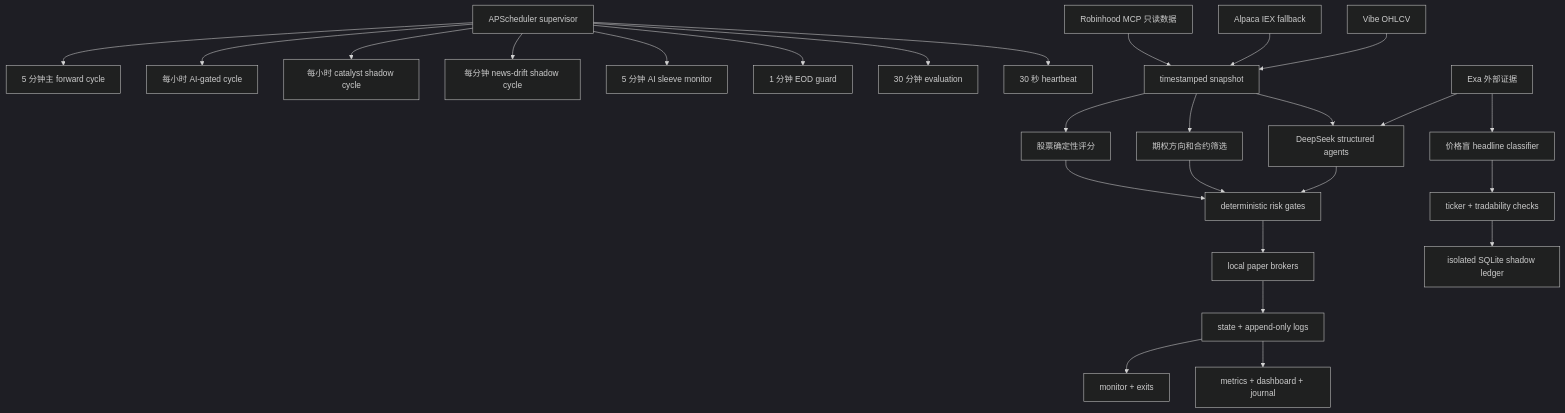
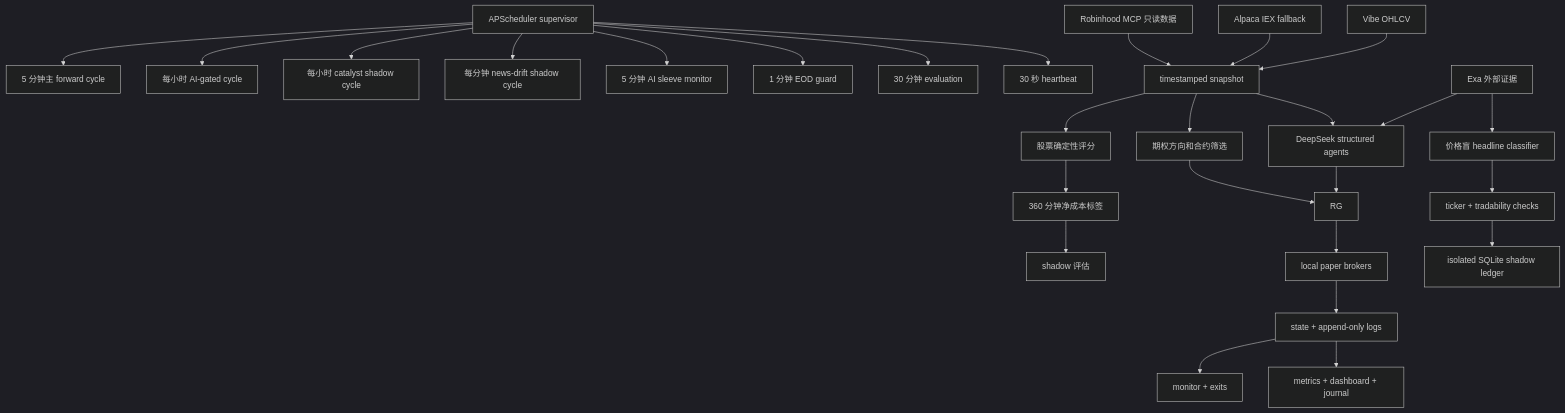
One commit to CNDaniel02/vibe_trading changed the first of 8 diagrams in PROJECT_ARCHITECTURE.md. Above: the diagram before and after it, drawn with Mermaid (dark theme). The commit also changed other lines of this file and 30 other files, not shown here.

````diff
--- a/PROJECT_ARCHITECTURE.md
+++ b/PROJECT_ARCHITECTURE.md
@@ -48,31 +48,32 @@
 ```mermaid
 flowchart TD
     S["APScheduler supervisor"] --> F["5 分钟主 forward cycle"]
     S --> A["每小时 AI-gated cycle"]
     S --> C["每小时 catalyst shadow cycle"]
     S --> N["每分钟 news-drift shadow cycle"]
     S --> M["5 分钟 AI sleeve monitor"]
     S --> E["1 分钟 EOD guard"]
     S --> R["30 分钟 evaluation"]
     S --> H["30 秒 heartbeat"]
 
     D["Robinhood MCP 只读数据"] --> SNAP["timestamped snapshot"]
     P["Alpaca IEX fallback"] --> SNAP
     V["Vibe OHLCV"] --> SNAP
     X["Exa 外部证据"] --> AI["DeepSeek structured agents"]
     X --> NH["价格盲 headline classifier"]
 
     SNAP --> EQ["股票确定性评分"]
     SNAP --> OP["期权方向和合约筛选"]
     SNAP --> AI
 
-    EQ --> RG["deterministic risk gates"]
+    EQ --> EL["360 分钟净成本标签"]
+    EL --> EV["shadow 评估"]
     OP --> RG
     AI --> RG
     NH --> NT["ticker + tradability checks"]
     NT --> ND["isolated SQLite shadow ledger"]
     RG --> PB["local paper brokers"]
     PB --> ST["state + append-only logs"]
     ST --> MON["monitor + exits"]
     ST --> MET["metrics + dashboard + journal"]
 ```
````
